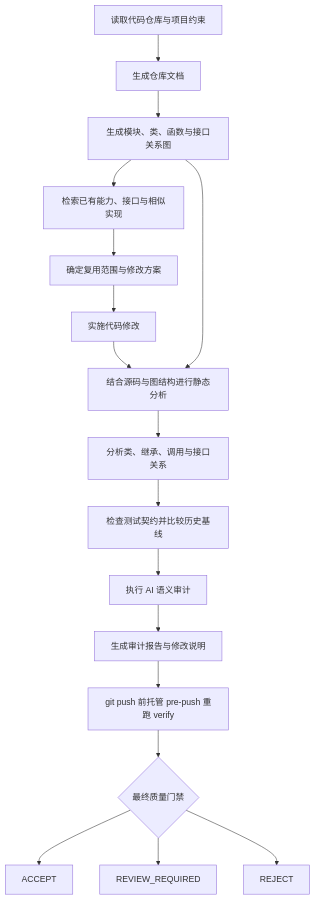
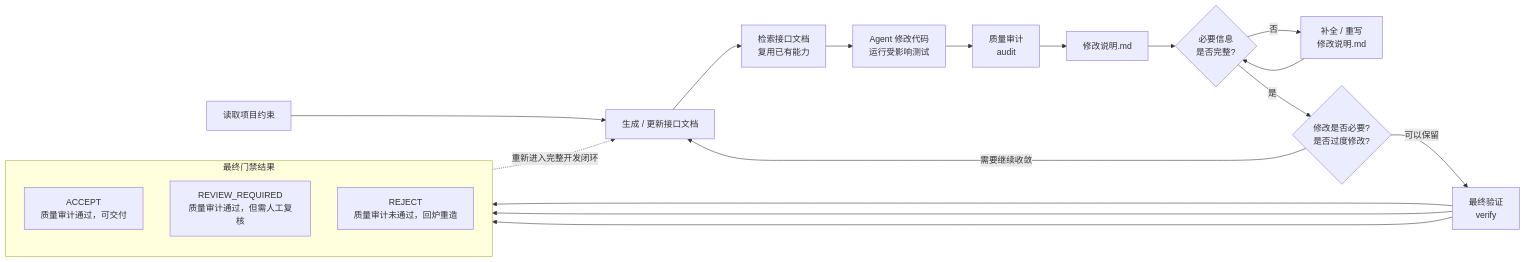
The diagram in README_zh.md (shijunfeng00/repository-quality-guard), drawn with Mermaid before and after one commit. The commit also changed other lines of this file and 1 other file, not shown here.

````diff
--- a/README_zh.md
+++ b/README_zh.md
@@ -48,27 +144,26 @@
 ```mermaid
-flowchart TD
-    A[读取代码仓库与项目约束]
-    B[生成仓库文档]
-    C[生成模块、类、函数与接口关系图]
-    D[检索已有能力、接口与相似实现]
-    E[确定复用范围与修改方案]
-    F[实施代码修改]
-    G[结合源码与图结构进行静态分析]
-    H[分析类、继承、调用与接口关系]
-    I[检查测试契约并比较历史基线]
-    J[执行 AI 语义审计]
-    K[生成审计报告与修改说明]
-    P[git push 前托管 pre-push 重跑 verify]
-    L{最终质量门禁}
-    M[ACCEPT]
-    N[REVIEW_REQUIRED]
-    O[REJECT]
+flowchart LR
+    A[读取项目约束] --> B[生成 / 更新接口文档]
+    B --> C[检索接口文档<br/>复用已有能力]
+    C --> D[Agent 修改代码<br/>运行受影响测试]
+    D --> E[质量审计<br/>audit]
+    E --> F[修改说明.md]
+    F --> G{必要信息<br/>是否完整?}
+    G -->|否| H[补全 / 重写<br/>修改说明.md]
+    H --> G
+    G -->|是| I{修改是否必要?<br/>是否过度修改?}
+    I -->|需要继续收敛| B
+    I -->|可以保留| V[最终验证<br/>verify]
 
-    A --> B --> C --> D --> E --> F
-    F --> G
-    C --> G
-    G --> H --> I --> J --> K --> P --> L
-    L --> M
-    L --> N
-    L --> O
+    subgraph R[最终门禁结果]
+        direction TB
+        R1[ACCEPT<br/>质量审计通过，可交付]
+        R2[REVIEW_REQUIRED<br/>质量审计通过，但需人工复核]
+        R3[REJECT<br/>质量审计未通过，回炉重造]
+    end
+
+    V --> R1
+    V --> R2
+    V --> R3
+    R3 -.重新进入完整开发闭环.-> B
 ```
````
